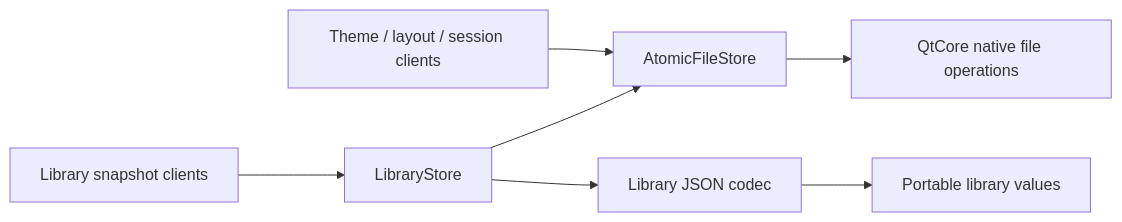
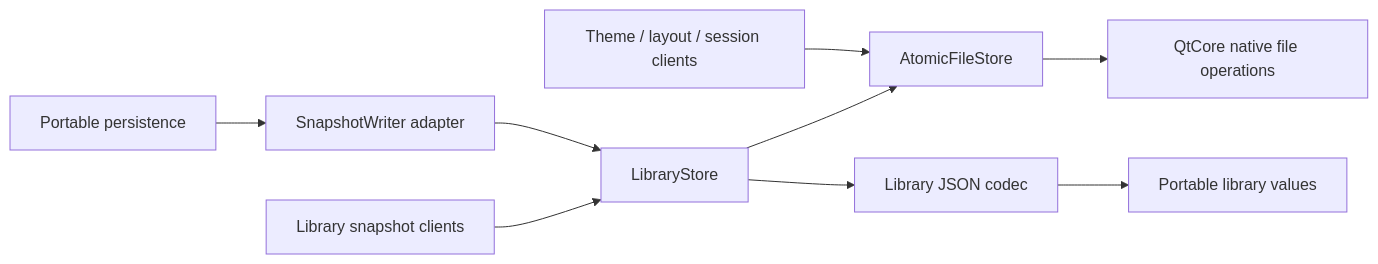
The diagram in src/qt/storage/README.md (Vokerlee/wiola-player), drawn with Mermaid before and after one commit. The commit also changed other lines of this file and 25 other files, not shown here.

Commit message:
app: isolate portable library persistence workflow

````diff
--- a/src/qt/storage/README.md
+++ b/src/qt/storage/README.md
@@ -5,9 +5,11 @@
 ```mermaid
 flowchart LR
     Theme[Theme / layout / session clients] --> Files[AtomicFileStore]
-    Catalog[Library snapshot clients] --> Store[LibraryStore]
+    Workflow[Portable persistence] --> Writer[SnapshotWriter adapter]
+    Writer --> Store[LibraryStore]
+    Catalog[Library snapshot clients] --> Store
     Store --> Json[Library JSON codec]
     Store --> Files
     Json --> Domain[Portable library values]
     Files --> Qt[QtCore native file operations]
 ```
````
